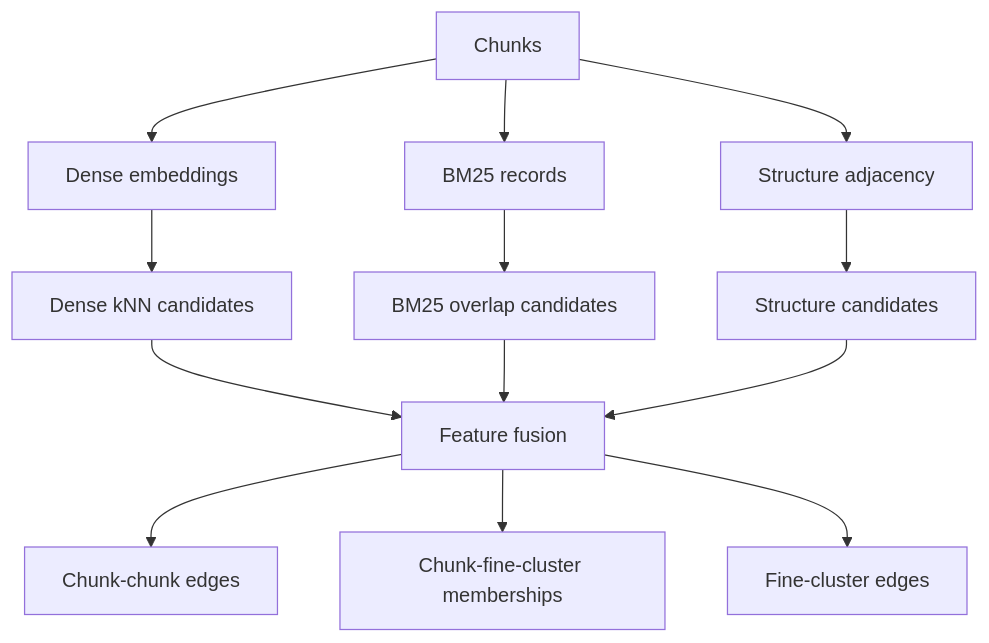
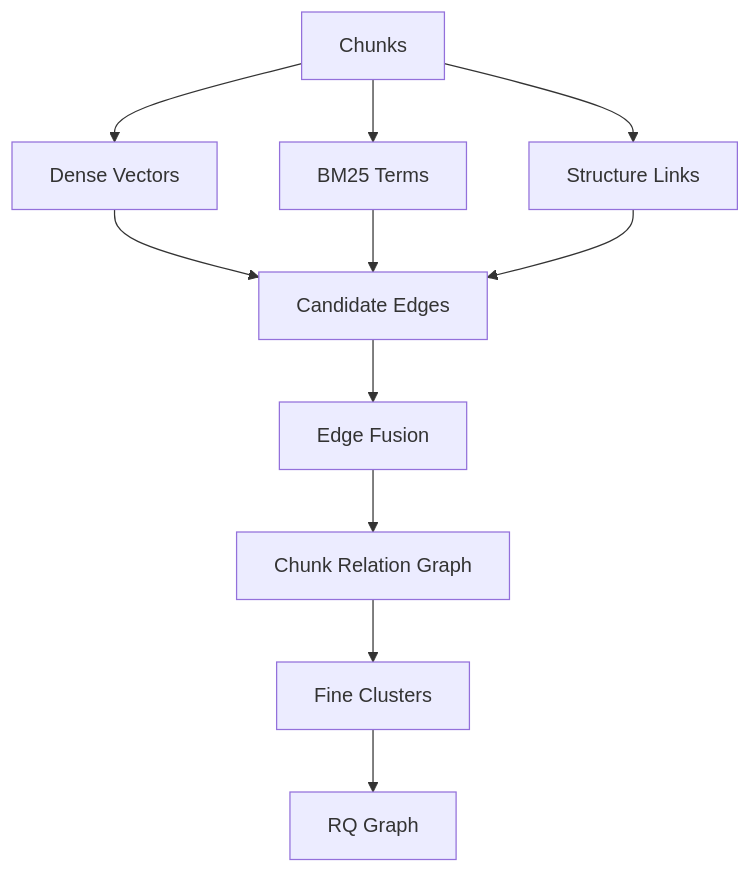
The sixth of 9 diagrams in docs/technical-spec.md (Sggggt/SymboGraph), drawn with Mermaid before and after one commit. The commit also changed other lines of this file, not shown here.

````diff
--- a/docs/technical-spec.md
+++ b/docs/technical-spec.md
@@ -390,15 +751,13 @@
 ```mermaid
 flowchart TB
-    CH["Chunks"] --> EMB["Dense embeddings"]
-    CH --> BM["BM25 records"]
-    CH --> ST["Structure adjacency"]
-    EMB --> KNN["Dense kNN candidates"]
-    BM --> LEX["BM25 overlap candidates"]
-    ST --> ADJ["Structure candidates"]
-    KNN --> FUSE["Feature fusion"]
-    LEX --> FUSE
-    ADJ --> FUSE
-    FUSE --> CC["Chunk-chunk edges"]
-    FUSE --> CF["Chunk-fine-cluster memberships"]
-    FUSE --> FF["Fine-cluster edges"]
+    CH["Chunks"] --> EMB["Dense Vectors"]
+    CH --> BM["BM25 Terms"]
+    CH --> ST["Structure Links"]
+    EMB --> EC["Candidate Edges"]
+    BM --> EC
+    ST --> EC
+    EC --> FUSE["Edge Fusion"]
+    FUSE --> RG["Chunk Relation Graph"]
+    RG --> FC["Fine Clusters"]
+    FC --> RQ["RQ Graph"]
 ```
````
